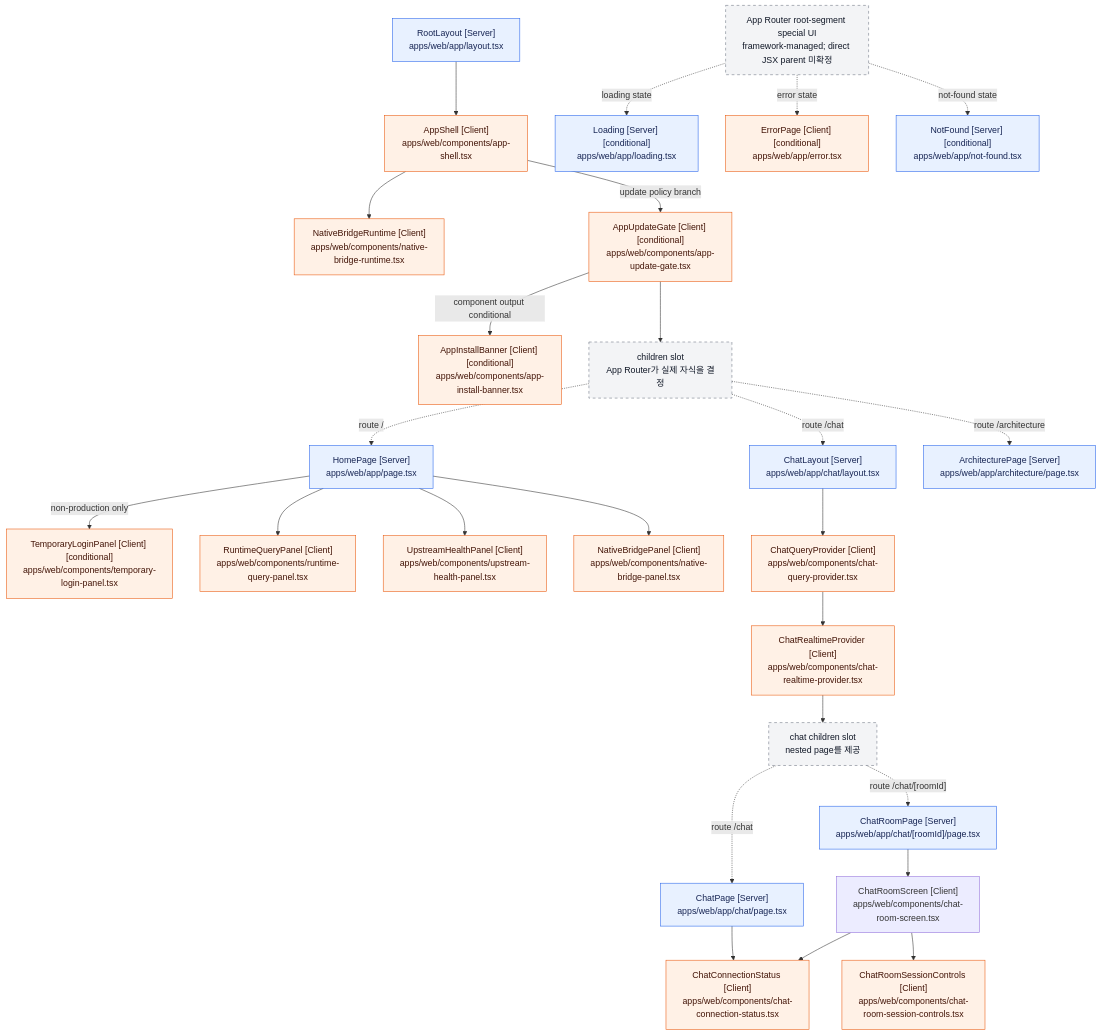
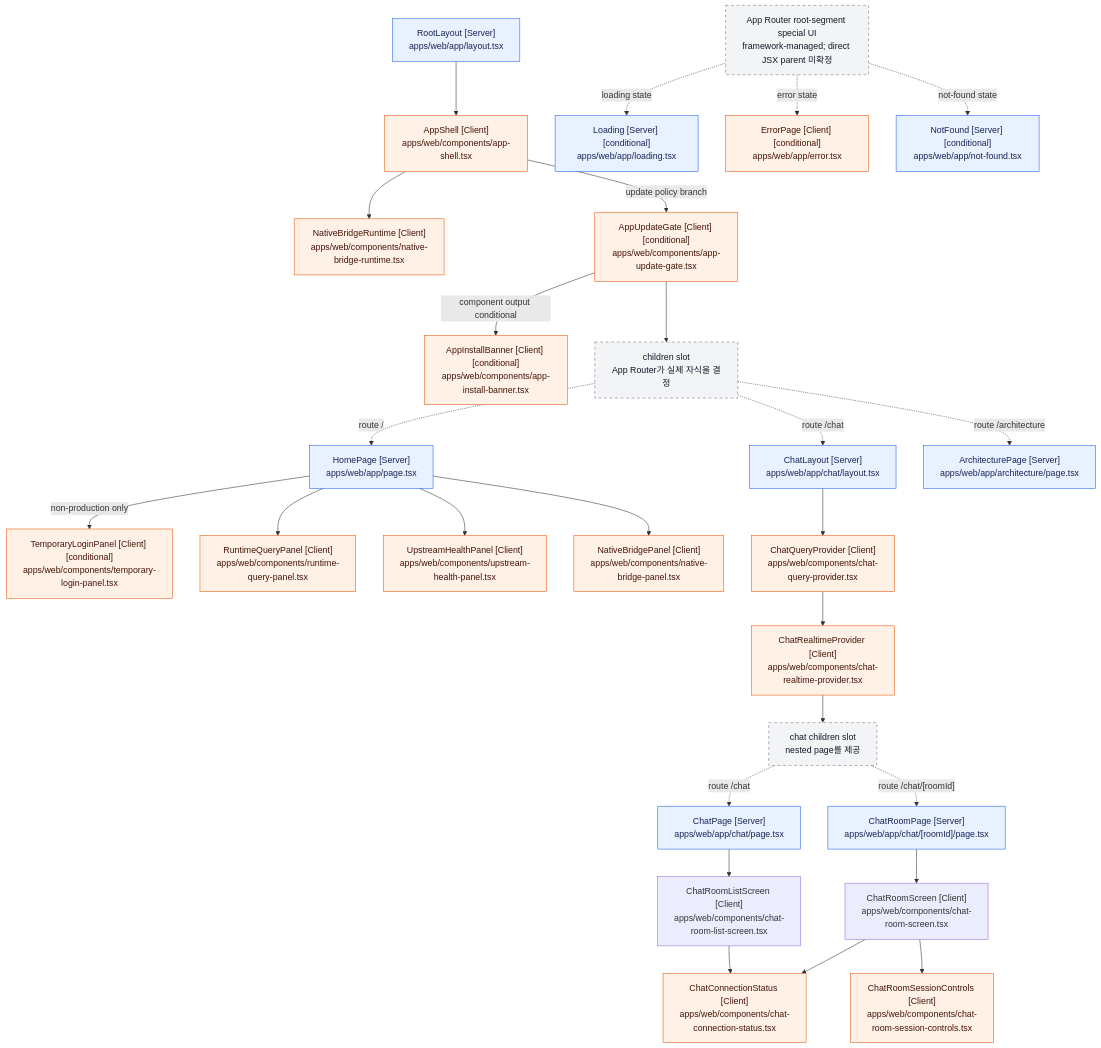
One commit to mokpombc17-coder/CIVIC-AI changed the diagram in docs/architecture/react-component-tree.md. Above: the diagram before and after it, drawn with Mermaid. The commit also changed other lines of this file and 6 other files, not shown here.

Commit message:
feat(web): connect chat room lists

````diff
--- a/docs/architecture/react-component-tree.md
+++ b/docs/architecture/react-component-tree.md
@@ -110,69 +111,71 @@
 ```mermaid
 flowchart TD
     RootLayout["RootLayout [Server]<br/>apps/web/app/layout.tsx"]
     AppShell["AppShell [Client]<br/>apps/web/components/app-shell.tsx"]
     NativeBridgeRuntime["NativeBridgeRuntime [Client]<br/>apps/web/components/native-bridge-runtime.tsx"]
     AppUpdateGate["AppUpdateGate [Client] [conditional]<br/>apps/web/components/app-update-gate.tsx"]
     AppInstallBanner["AppInstallBanner [Client] [conditional]<br/>apps/web/components/app-install-banner.tsx"]
     ChildrenSlot["children slot<br/>App Router가 실제 자식을 결정"]
 
     HomePage["HomePage [Server]<br/>apps/web/app/page.tsx"]
     TemporaryLoginPanel["TemporaryLoginPanel [Client] [conditional]<br/>apps/web/components/temporary-login-panel.tsx"]
     RuntimeQueryPanel["RuntimeQueryPanel [Client]<br/>apps/web/components/runtime-query-panel.tsx"]
     UpstreamHealthPanel["UpstreamHealthPanel [Client]<br/>apps/web/components/upstream-health-panel.tsx"]
     NativeBridgePanel["NativeBridgePanel [Client]<br/>apps/web/components/native-bridge-panel.tsx"]
 
     ChatLayout["ChatLayout [Server]<br/>apps/web/app/chat/layout.tsx"]
     ChatQueryProvider["ChatQueryProvider [Client]<br/>apps/web/components/chat-query-provider.tsx"]
     ChatRealtimeProvider["ChatRealtimeProvider [Client]<br/>apps/web/components/chat-realtime-provider.tsx"]
     ChatChildrenSlot["chat children slot<br/>nested page를 제공"]
     ChatPage["ChatPage [Server]<br/>apps/web/app/chat/page.tsx"]
+    ChatRoomListScreen["ChatRoomListScreen [Client]<br/>apps/web/components/chat-room-list-screen.tsx"]
     ChatRoomPage["ChatRoomPage [Server]<br/>apps/web/app/chat/[roomId]/page.tsx"]
     ChatRoomScreen["ChatRoomScreen [Client]<br/>apps/web/components/chat-room-screen.tsx"]
     ChatConnectionStatus["ChatConnectionStatus [Client]<br/>apps/web/components/chat-connection-status.tsx"]
     ChatRoomSessionControls["ChatRoomSessionControls [Client]<br/>apps/web/components/chat-room-session-controls.tsx"]
 
     ArchitecturePage["ArchitecturePage [Server]<br/>apps/web/app/architecture/page.tsx"]
 
     SpecialBoundary["App Router root-segment special UI<br/>framework-managed; direct JSX parent 미확정"]
     Loading["Loading [Server] [conditional]<br/>apps/web/app/loading.tsx"]
     ErrorPage["ErrorPage [Client] [conditional]<br/>apps/web/app/error.tsx"]
     NotFound["NotFound [Server] [conditional]<br/>apps/web/app/not-found.tsx"]
 
     RootLayout --> AppShell
     AppShell --> NativeBridgeRuntime
     AppShell -->|"update policy branch"| AppUpdateGate
     AppUpdateGate -->|"component output conditional"| AppInstallBanner
     AppUpdateGate --> ChildrenSlot
 
     ChildrenSlot -. "route /" .-> HomePage
     HomePage -->|"non-production only"| TemporaryLoginPanel
     HomePage --> RuntimeQueryPanel
     HomePage --> UpstreamHealthPanel
     HomePage --> NativeBridgePanel
 
     ChildrenSlot -. "route /chat" .-> ChatLayout
     ChatLayout --> ChatQueryProvider
     ChatQueryProvider --> ChatRealtimeProvider
     ChatRealtimeProvider --> ChatChildrenSlot
     ChatChildrenSlot -. "route /chat" .-> ChatPage
     ChatChildrenSlot -. "route /chat/[roomId]" .-> ChatRoomPage
-    ChatPage --> ChatConnectionStatus
+    ChatPage --> ChatRoomListScreen
+    ChatRoomListScreen --> ChatConnectionStatus
     ChatRoomPage --> ChatRoomScreen
     ChatRoomScreen --> ChatConnectionStatus
     ChatRoomScreen --> ChatRoomSessionControls
 
     ChildrenSlot -. "route /architecture" .-> ArchitecturePage
 
     SpecialBoundary -. "loading state" .-> Loading
     SpecialBoundary -. "error state" .-> ErrorPage
     SpecialBoundary -. "not-found state" .-> NotFound
 
     classDef server fill:#e8f1ff,stroke:#2563eb,color:#172554;
     classDef client fill:#fff1e6,stroke:#ea580c,color:#431407;
     classDef framework fill:#f3f4f6,stroke:#6b7280,color:#111827,stroke-dasharray:5 5;
 
     class RootLayout,HomePage,ChatLayout,ChatPage,ChatRoomPage,ArchitecturePage,Loading,NotFound server;
     class AppShell,NativeBridgeRuntime,AppUpdateGate,AppInstallBanner,TemporaryLoginPanel,RuntimeQueryPanel,UpstreamHealthPanel,NativeBridgePanel,ChatQueryProvider,ChatRealtimeProvider,ChatConnectionStatus,ChatRoomSessionControls,ErrorPage client;
     class ChildrenSlot,ChatChildrenSlot,SpecialBoundary framework;
 ```
````
